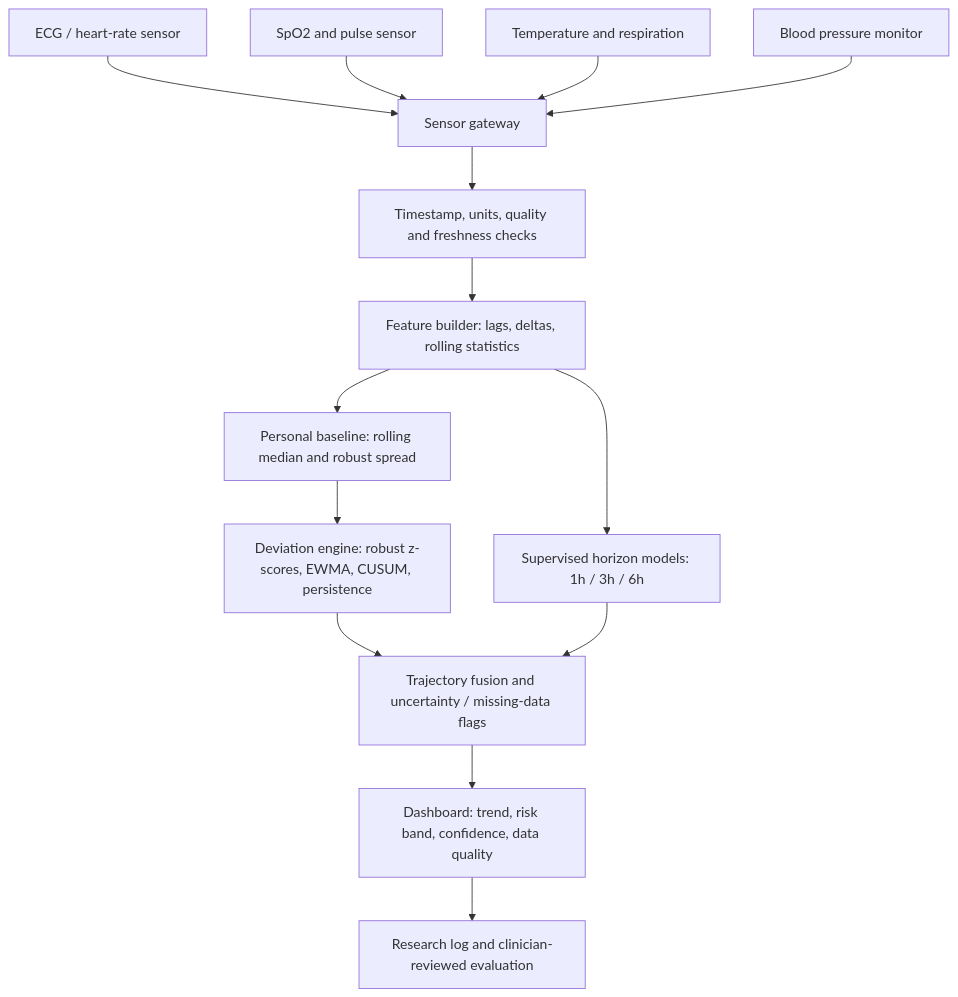
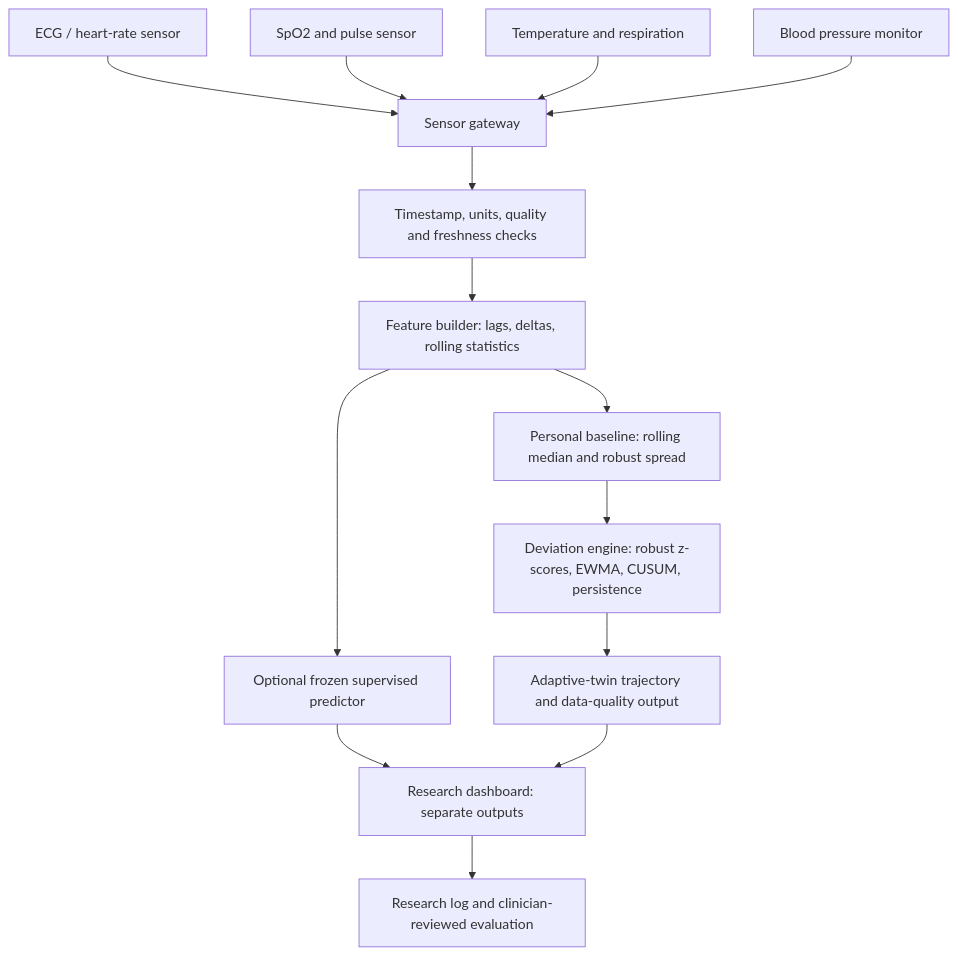
One commit to culprit-k/VITALIS changed the diagram in docs/HARDWARE_INTEGRATION_BLUEPRINT.md. Above: the diagram before and after it, drawn with Mermaid. The commit also changed other lines of this file, not shown here.

````diff
--- a/docs/HARDWARE_INTEGRATION_BLUEPRINT.md
+++ b/docs/HARDWARE_INTEGRATION_BLUEPRINT.md
@@ -13,16 +15,16 @@
 ```mermaid
 flowchart TD
     A[ECG / heart-rate sensor] --> D[Sensor gateway]
     B[SpO2 and pulse sensor] --> D
     C[Temperature and respiration] --> D
     E[Blood pressure monitor] --> D
     D --> F[Timestamp, units, quality and freshness checks]
     F --> G[Feature builder: lags, deltas, rolling statistics]
     G --> H[Personal baseline: rolling median and robust spread]
     H --> I[Deviation engine: robust z-scores, EWMA, CUSUM, persistence]
-    G --> J[Supervised horizon models: 1h / 3h / 6h]
-    I --> K[Trajectory fusion and uncertainty / missing-data flags]
-    J --> K
-    K --> L[Dashboard: trend, risk band, confidence, data quality]
+    G --> J[Optional frozen supervised predictor]
+    I --> K[Adaptive-twin trajectory and data-quality output]
+    J --> L[Research dashboard: separate outputs]
+    K --> L
     L --> M[Research log and clinician-reviewed evaluation]
 ```
````
